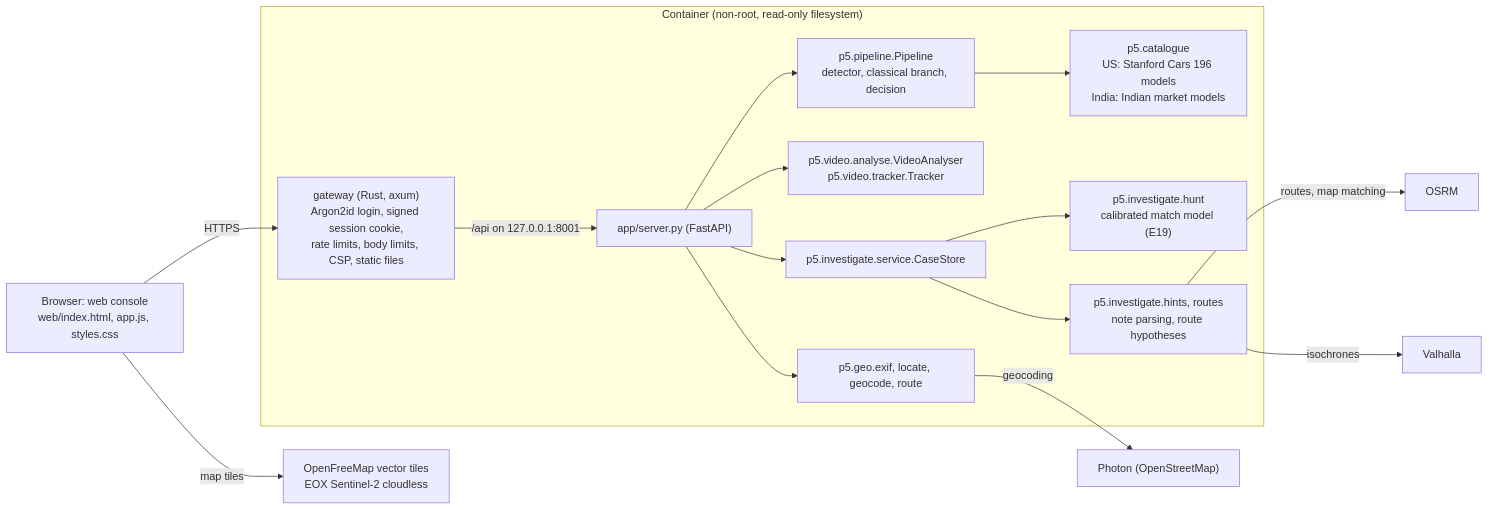
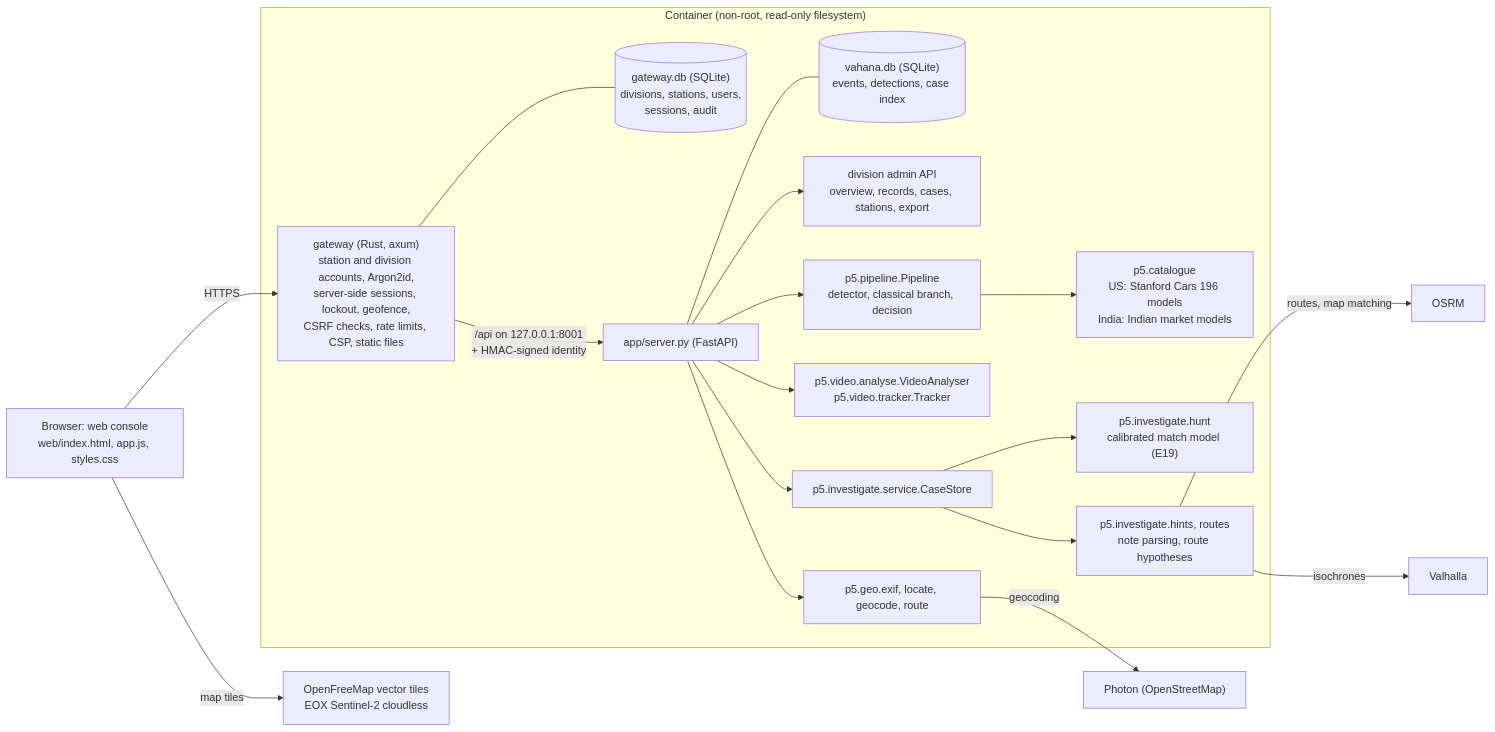
Before and after one commit to kushal-script/CV_Hakcathon_P5: the first of 3 diagrams in docs/architecture.md, drawn with Mermaid. The commit also changed other lines of this file and 37 other files, not shown here.

First line of the commit message:
Add station and division accounts, scoped records and a police themed console

````diff
--- a/docs/architecture.md
+++ b/docs/architecture.md
@@ -11,19 +11,22 @@
 ```mermaid
 flowchart LR
     B["Browser: web console<br/>web/index.html, app.js, styles.css"] -->|"HTTPS"| GW
     B -->|"map tiles"| T["OpenFreeMap vector tiles<br/>EOX Sentinel-2 cloudless"]
     subgraph C["Container (non-root, read-only filesystem)"]
-        GW["gateway (Rust, axum)<br/>Argon2id login, signed session cookie,<br/>rate limits, body limits, CSP, static files"]
-        GW -->|"/api on 127.0.0.1:8001"| API["app/server.py (FastAPI)"]
+        GW["gateway (Rust, axum)<br/>station and division accounts, Argon2id,<br/>server-side sessions, lockout, geofence,<br/>CSRF checks, rate limits, CSP, static files"]
+        GW --- GDB[("gateway.db (SQLite)<br/>divisions, stations, users,<br/>sessions, audit")]
+        GW -->|"/api on 127.0.0.1:8001<br/>+ HMAC-signed identity"| API["app/server.py (FastAPI)"]
+        API --- VDB[("vahana.db (SQLite)<br/>events, detections, case index")]
+        API --> ADM["division admin API<br/>overview, records, cases, stations, export"]
         API --> PIPE["p5.pipeline.Pipeline<br/>detector, classical branch, decision"]
         PIPE --> CAT["p5.catalogue<br/>US: Stanford Cars 196 models<br/>India: Indian market models"]
         API --> VID["p5.video.analyse.VideoAnalyser<br/>p5.video.tracker.Tracker"]
         API --> CASE["p5.investigate.service.CaseStore"]
         CASE --> HUNT["p5.investigate.hunt<br/>calibrated match model (E19)"]
         CASE --> RT["p5.investigate.hints, routes<br/>note parsing, route hypotheses"]
         API --> GEO["p5.geo.exif, locate, geocode, route"]
     end
     GEO -->|"geocoding"| PH["Photon (OpenStreetMap)"]
     RT -->|"routes, map matching"| OS["OSRM"]
     RT -->|"isochrones"| VA["Valhalla"]
 ```
````
